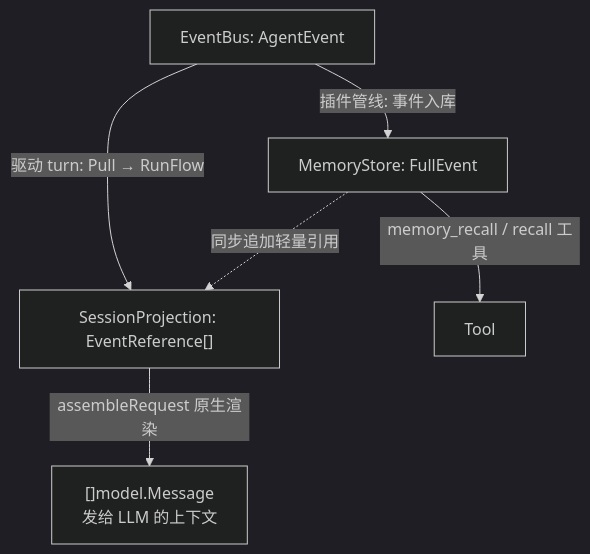
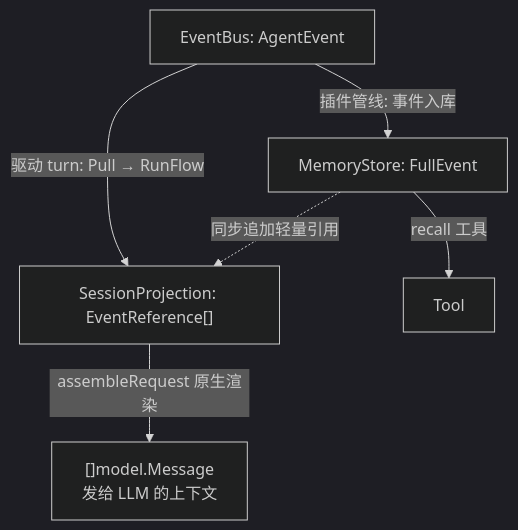
The second of 5 diagrams in README.md (SpellingDragon/tagent), drawn with Mermaid (dark theme) before and after one commit. The commit also changed other lines of this file and 27 other files, not shown here.

````diff
--- a/README.md
+++ b/README.md
@@ -118,14 +115,14 @@
 ```mermaid
 graph TB
     EB["EventBus: AgentEvent"]
     SP["SessionProjection: EventReference[]"]
     MS["MemoryStore: FullEvent"]
     LLM["[]model.Message<br/>发给 LLM 的上下文"]
     TOOL["Tool"]
 
     EB -->|驱动 turn: Pull → RunFlow| SP
     EB -->|插件管线: 事件入库| MS
     MS -.同步追加轻量引用.-> SP
     SP -->|assembleRequest 原生渲染| LLM
-    MS -->|memory_recall / recall 工具| TOOL
+    MS -->|recall 工具| TOOL
 ```
````
